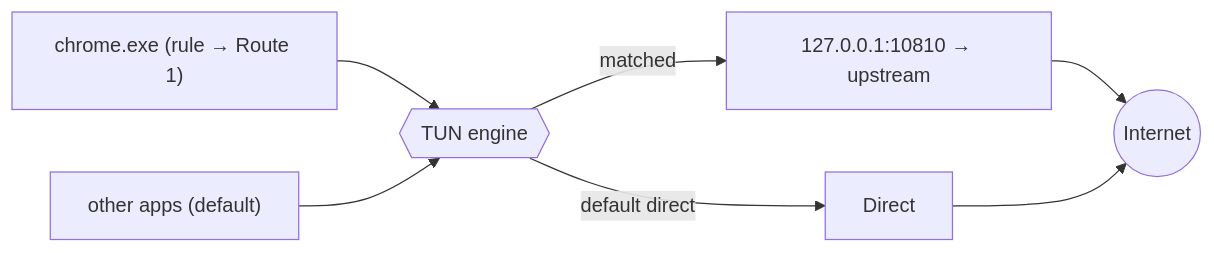
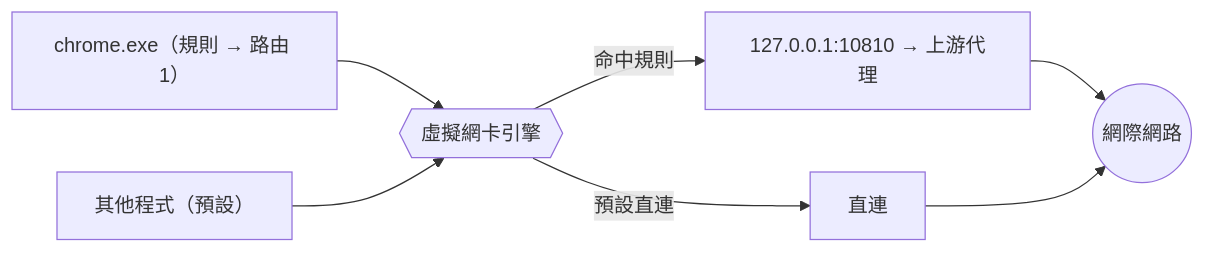
The second of 2 diagrams in README.md (guan4tou2/relay-client), drawn with Mermaid before and after one commit. The commit also changed other lines of this file and 4 other files, not shown here.

````diff
--- a/README.md
+++ b/README.md
@@ -68,9 +67,9 @@
 ```mermaid
 flowchart LR
-  A1["chrome.exe (rule → Route 1)"] --> TUN{{TUN engine}}
-  A2["other apps (default)"] --> TUN
-  TUN -->|matched| RP["127.0.0.1:10810 → upstream"]
-  TUN -->|default direct| D[Direct]
-  RP --> Net((Internet))
+  A1["chrome.exe（規則 → 路由 1）"] --> TUN{{虛擬網卡引擎}}
+  A2["其他程式（預設）"] --> TUN
+  TUN -->|命中規則| RP["127.0.0.1:10810 → 上游代理"]
+  TUN -->|預設直連| D[直連]
+  RP --> Net((網際網路))
   D --> Net
 ```
````
